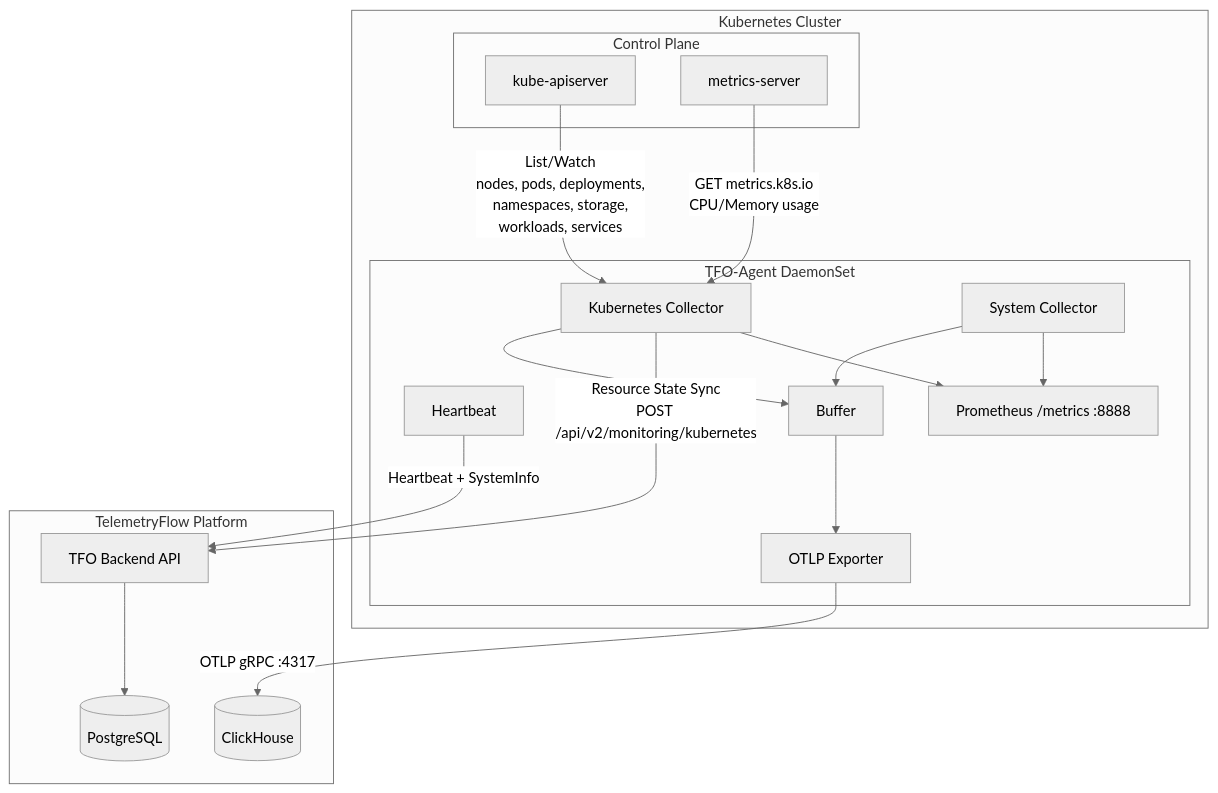
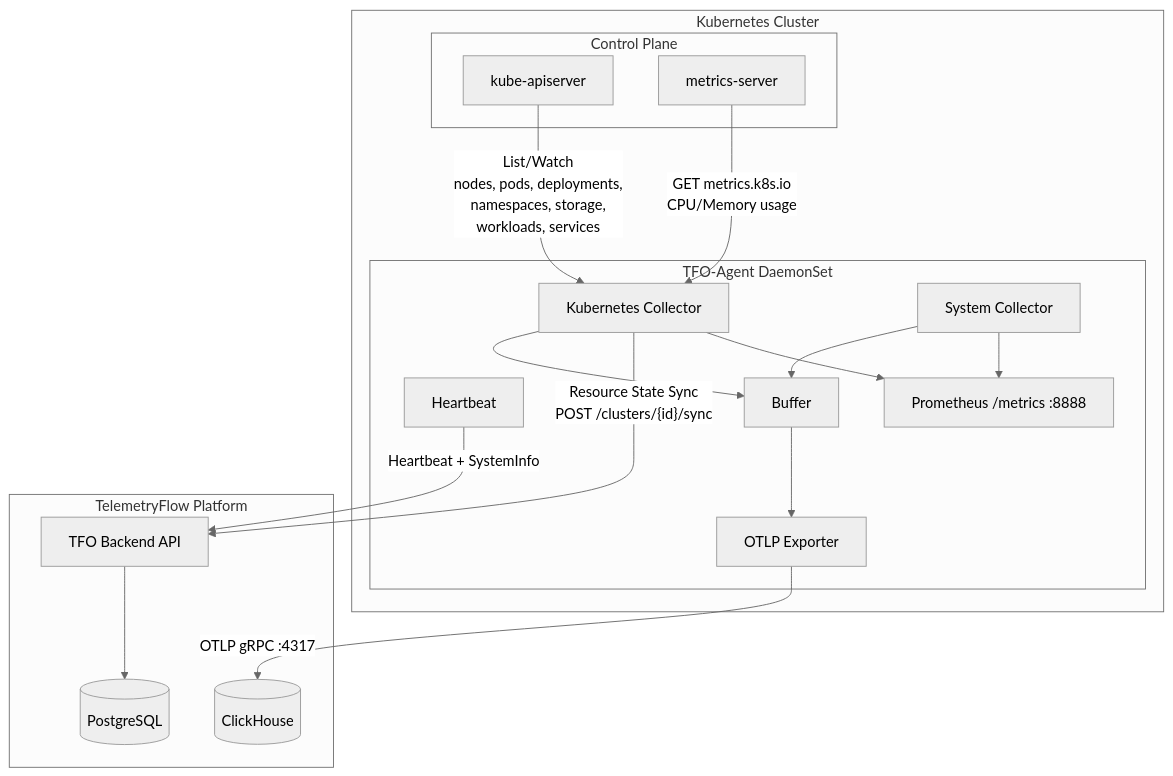
Before and after one commit to telemetryflow/telemetryflow-agent: the first of 3 diagrams in docs/integrations/KUBERNETES-COLLECTOR.md, drawn with Mermaid (neutral theme). The commit also changed other lines of this file and 21 other files, not shown here.

Commit message:
feat: Update TFO-Agent 1.1.7 for Kubernetes Sync with TFO-Platform

````diff
--- a/docs/integrations/KUBERNETES-COLLECTOR.md
+++ b/docs/integrations/KUBERNETES-COLLECTOR.md
@@ -9,39 +9,39 @@
 ```mermaid
 graph TB
     subgraph "Kubernetes Cluster"
         subgraph "Control Plane"
             APISERVER[kube-apiserver]
             METRICS_SERVER[metrics-server]
         end
 
         subgraph "TFO-Agent DaemonSet"
             KC[Kubernetes Collector]
             SC[System Collector]
             HB[Heartbeat]
             BUF[Buffer]
             OTLP[OTLP Exporter]
             PROM_EP[Prometheus /metrics :8888]
         end
     end
 
     subgraph "TelemetryFlow Platform"
         API[TFO Backend API]
         CH[(ClickHouse)]
         PG[(PostgreSQL)]
     end
 
     APISERVER -->|"List/Watch<br/>nodes, pods, deployments,<br/>namespaces, storage,<br/>workloads, services"| KC
     METRICS_SERVER -->|"GET metrics.k8s.io<br/>CPU/Memory usage"| KC
 
     KC --> BUF
     SC --> BUF
     BUF --> OTLP
     HB -->|"Heartbeat + SystemInfo"| API
 
-    KC -->|"Resource State Sync<br/>POST /api/v2/monitoring/kubernetes"| API
+    KC -->|"Resource State Sync<br/>POST /clusters/{id}/sync"| API
     OTLP -->|"OTLP gRPC :4317"| CH
     API --> PG
 
     KC --> PROM_EP
     SC --> PROM_EP
 ```
````
